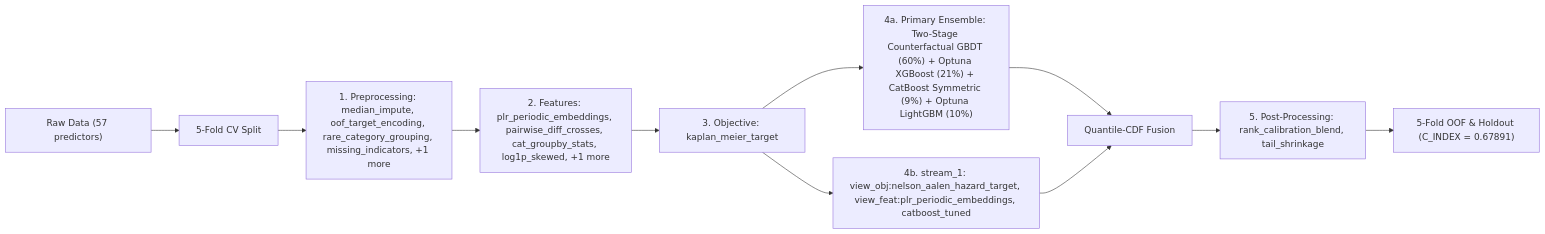
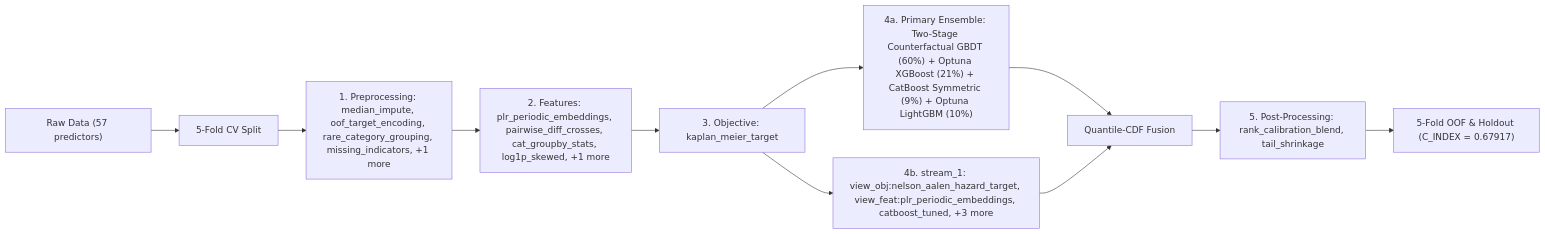
The diagram in README.md (stefanoclss/CIBMTR-Equity-in-Post-HCT-Survival-Predictions), drawn with Mermaid before and after one commit. The commit also changed other lines of this file, not shown here.

First line of the commit message:
docs(readme): refresh verified OOF benchmark & build ledger (C_INDEX=0.67917)

````diff
--- a/README.md
+++ b/README.md
@@ -145,13 +146,13 @@
 ```mermaid
 flowchart LR
     DATA["Raw Data (57 predictors)"] --> SPLIT["5-Fold CV Split"]
     SPLIT --> PRE["1. Preprocessing: median_impute, oof_target_encoding, rare_category_grouping, missing_indicators, +1 more"]
     PRE --> FEAT["2. Features: plr_periodic_embeddings, pairwise_diff_crosses, cat_groupby_stats, log1p_skewed, +1 more"]
     FEAT --> OBJ["3. Objective: kaplan_meier_target"]
     OBJ --> M0["4a. Primary Ensemble: Two-Stage Counterfactual GBDT (60%) + Optuna XGBoost (21%) + CatBoost Symmetric (9%) + Optuna LightGBM (10%)"]
     M0 --> FUSE["Quantile-CDF Fusion"]
-    OBJ --> S1["4b. stream_1: view_obj:nelson_aalen_hazard_target, view_feat:plr_periodic_embeddings, catboost_tuned"]
+    OBJ --> S1["4b. stream_1: view_obj:nelson_aalen_hazard_target, view_feat:plr_periodic_embeddings, catboost_tuned, +3 more"]
     S1 --> FUSE
     FUSE --> POST["5. Post-Processing: rank_calibration_blend, tail_shrinkage"]
-    POST --> OUT["5-Fold OOF & Holdout (C_INDEX = 0.67891)"]
+    POST --> OUT["5-Fold OOF & Holdout (C_INDEX = 0.67917)"]
 ```
````
